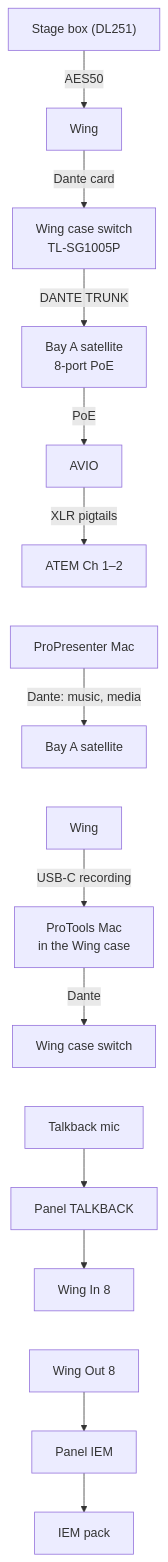
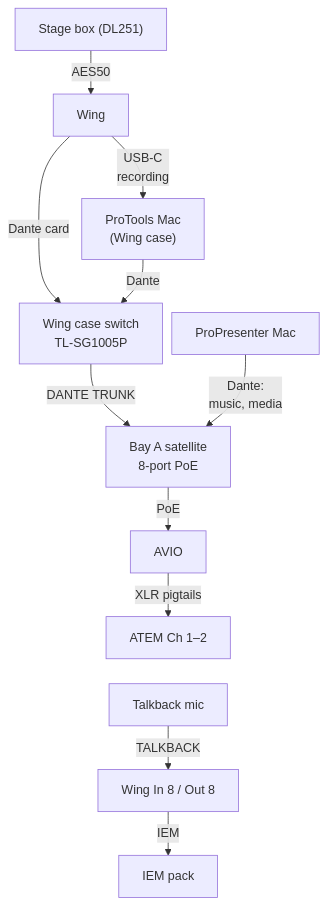
Before and after one commit to samholub/elim-avpro-production-station: the third of 5 diagrams in build/README.md, drawn with Mermaid. The commit also changed other lines of this file and 1 other file, not shown here.

Commit message:
build/README: charts collapsed in <details> and shortened for phones (jacks as edge labels); STATUS

````diff
--- a/build/README.md
+++ b/build/README.md
@@ -93,16 +103,15 @@
 ```mermaid
+%%{init: {"flowchart": {"rankSpacing": 32, "nodeSpacing": 12}}}%%
 flowchart TD
   SB["Stage box (DL251)"] -->|"AES50"| WG["Wing"]
   WG -->|"Dante card"| WS["Wing case switch<br/>TL-SG1005P"]
+  WG -->|"USB-C<br/>recording"| PT["ProTools Mac<br/>(Wing case)"]
+  PT -->|"Dante"| WS
   WS -->|"DANTE TRUNK"| SAT["Bay A satellite<br/>8-port PoE"]
-  SAT -->|"PoE"| AV["AVIO"] -->|"XLR pigtails"| AC["ATEM Ch 1–2"]
-  AC ~~~ PP["ProPresenter Mac"]
-  PP -->|"Dante: music, media"| SAT2["Bay A satellite"]
-  SAT2 ~~~ WG2["Wing"]
-  WG2 -->|"USB-C recording"| PT["ProTools Mac<br/>in the Wing case"]
-  PT -->|"Dante"| WS2["Wing case switch"]
-  WS2 ~~~ TB["Talkback mic"]
-  TB --> PTB["Panel TALKBACK"] --> I8["Wing In 8"]
-  I8 ~~~ O8["Wing Out 8"]
-  O8 --> PIE["Panel IEM"] --> IEM["IEM pack"]
+  PP["ProPresenter Mac"] -->|"Dante:<br/>music, media"| SAT
+  SAT -->|"PoE"| AV["AVIO"]
+  AV -->|"XLR pigtails"| AC["ATEM Ch 1–2"]
+  AC ~~~ TB["Talkback mic"]
+  TB -->|"TALKBACK"| WI["Wing In 8 / Out 8"]
+  WI -->|"IEM"| IEM["IEM pack"]
 ```
````
